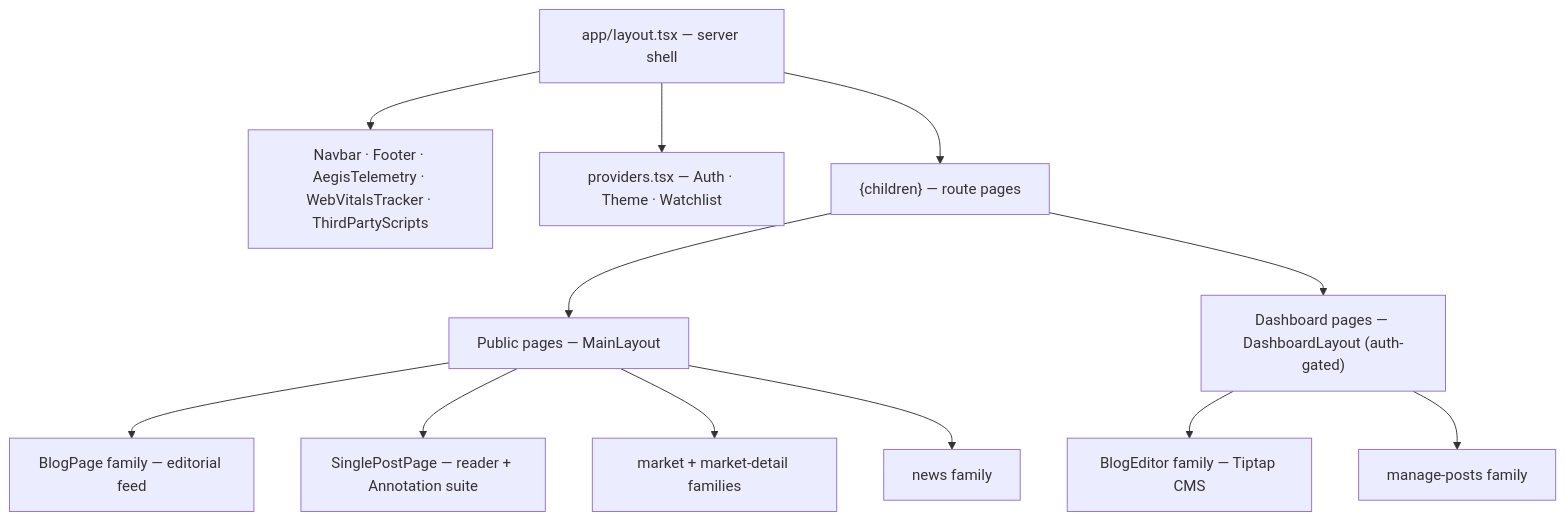
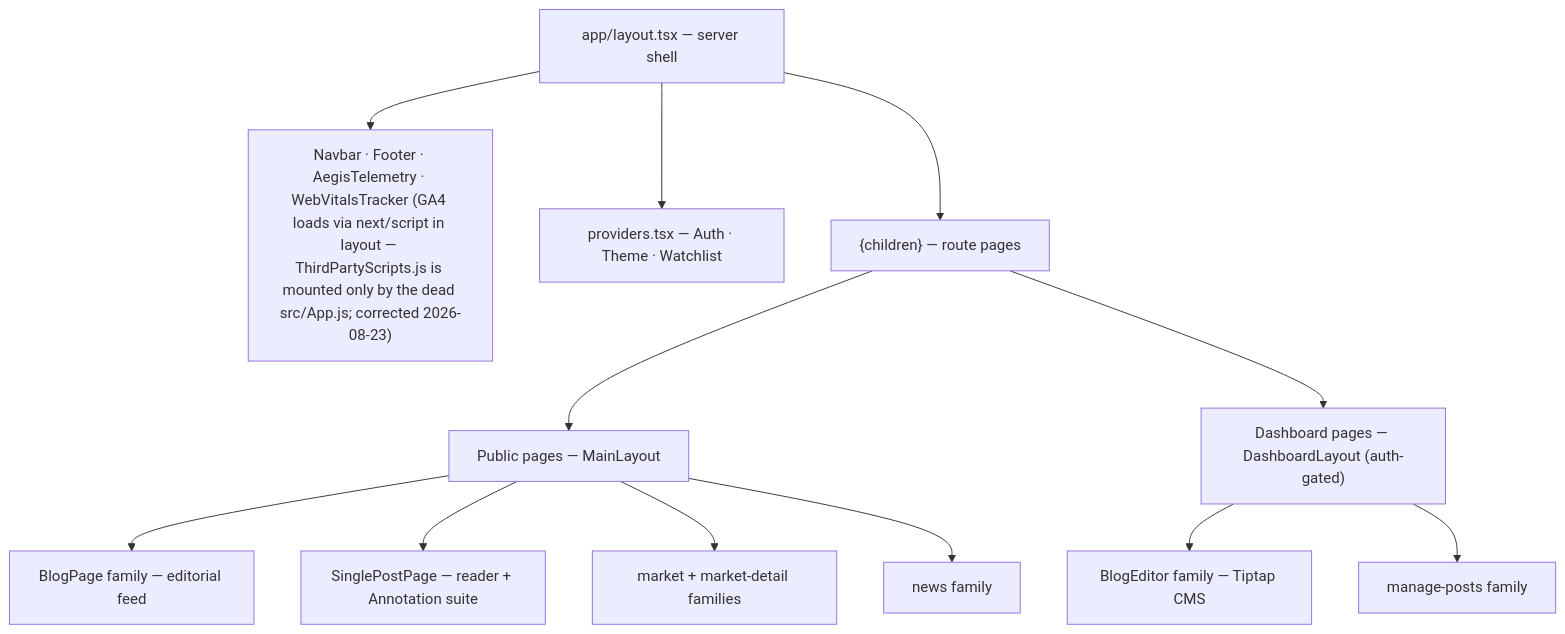
Before and after one commit to callitask/treishvaam-finance-frontend: the diagram in docs/FE-05-COMPONENTS.md, drawn with Mermaid. The commit also changed other lines of this file and 7 other files, not shown here.

````diff
--- a/docs/FE-05-COMPONENTS.md
+++ b/docs/FE-05-COMPONENTS.md
@@ -13,14 +13,14 @@
 ```mermaid
 flowchart TD
-    ROOT["app/layout.tsx — server shell"] --> CHROME["Navbar · Footer · AegisTelemetry · WebVitalsTracker · ThirdPartyScripts"]
+    ROOT["app/layout.tsx — server shell"] --> CHROME["Navbar · Footer · AegisTelemetry · WebVitalsTracker (GA4 loads via next/script in layout — ThirdPartyScripts.js is mounted only by the dead src/App.js; corrected 2026-08-23)"]
     ROOT --> PROV["providers.tsx — Auth · Theme · Watchlist"]
     ROOT --> CHILDREN["{children} — route pages"]
     CHILDREN --> PUBLIC["Public pages — MainLayout"]
     CHILDREN --> DASH["Dashboard pages — DashboardLayout (auth-gated)"]
     PUBLIC --> FEED["BlogPage family — editorial feed"]
     PUBLIC --> READER["SinglePostPage — reader + Annotation suite"]
     PUBLIC --> MARKET["market + market-detail families"]
     PUBLIC --> NEWS["news family"]
     DASH --> EDITOR["BlogEditor family — Tiptap CMS"]
     DASH --> MANAGE["manage-posts family"]
 ```
````
